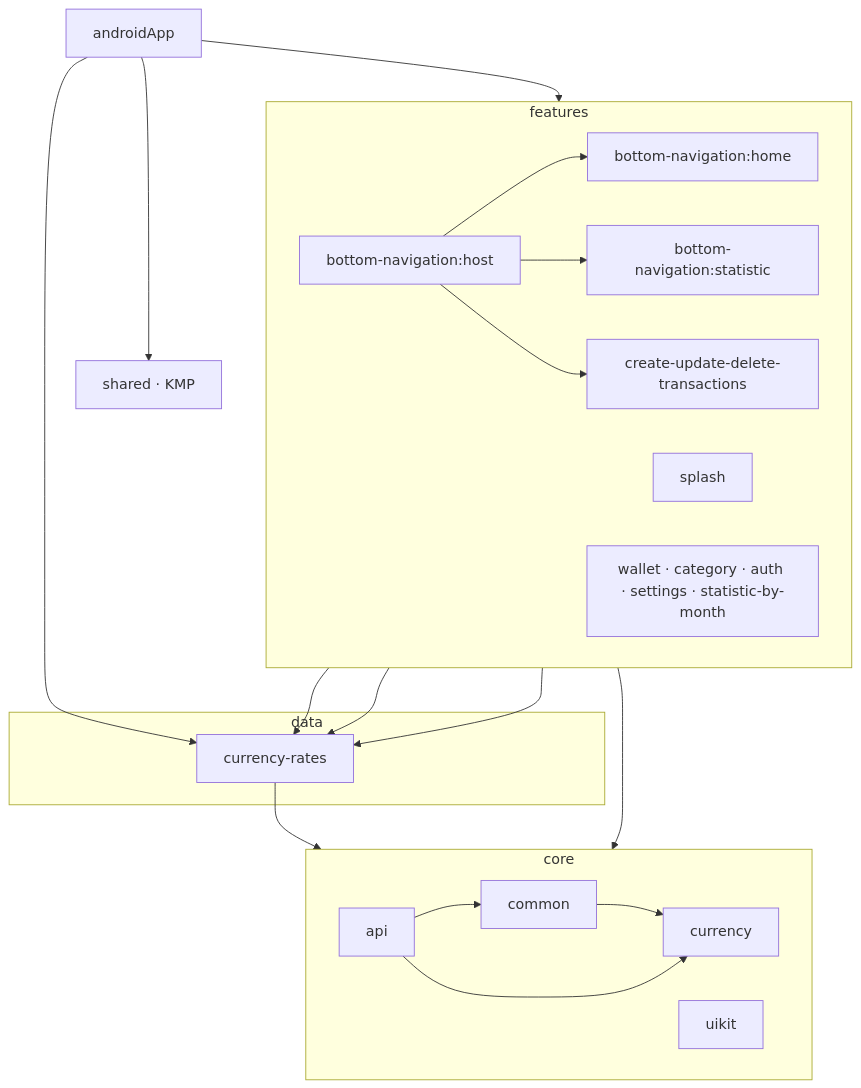
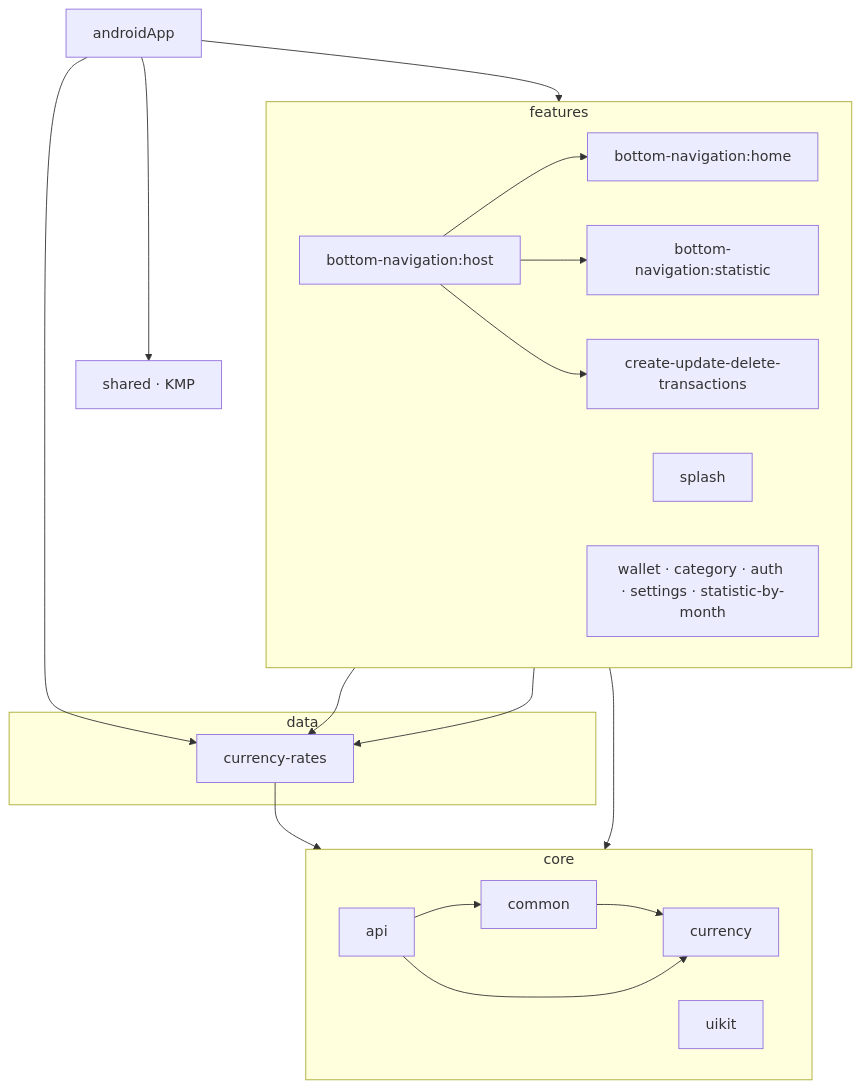
One commit to VolovatovTA/Budget changed the diagram in README.md. Above: the diagram before and after it, drawn with Mermaid. The commit also changed other lines of this file and 6 other files, not shown here.

First line of the commit message:
Move the currency-rates warm-up from splash into AppWarmUp

````diff
--- a/README.md
+++ b/README.md
@@ -39,46 +39,45 @@
 ```mermaid
 flowchart TB
     app[androidApp]
 
     subgraph features
         direction LR
         host[bottom-navigation:host]
         home[bottom-navigation:home]
         statistic[bottom-navigation:statistic]
         transactions[create-update-delete-transactions]
         splash
         other[wallet · category · auth · settings · statistic-by-month]
     end
 
     subgraph data
         rates[currency-rates]
     end
 
     subgraph core
         direction LR
         api
         common
         currency
         uikit
     end
 
     shared[shared · KMP]
 
     app --> features
     app --> rates
     app --> shared
 
     host --> home
     host --> statistic
     host --> transactions
     home --> rates
     transactions --> rates
-    splash --> rates
 
     features --> core
     rates --> core
 
     api --> common
     common --> currency
     api --> currency
 ```
````
